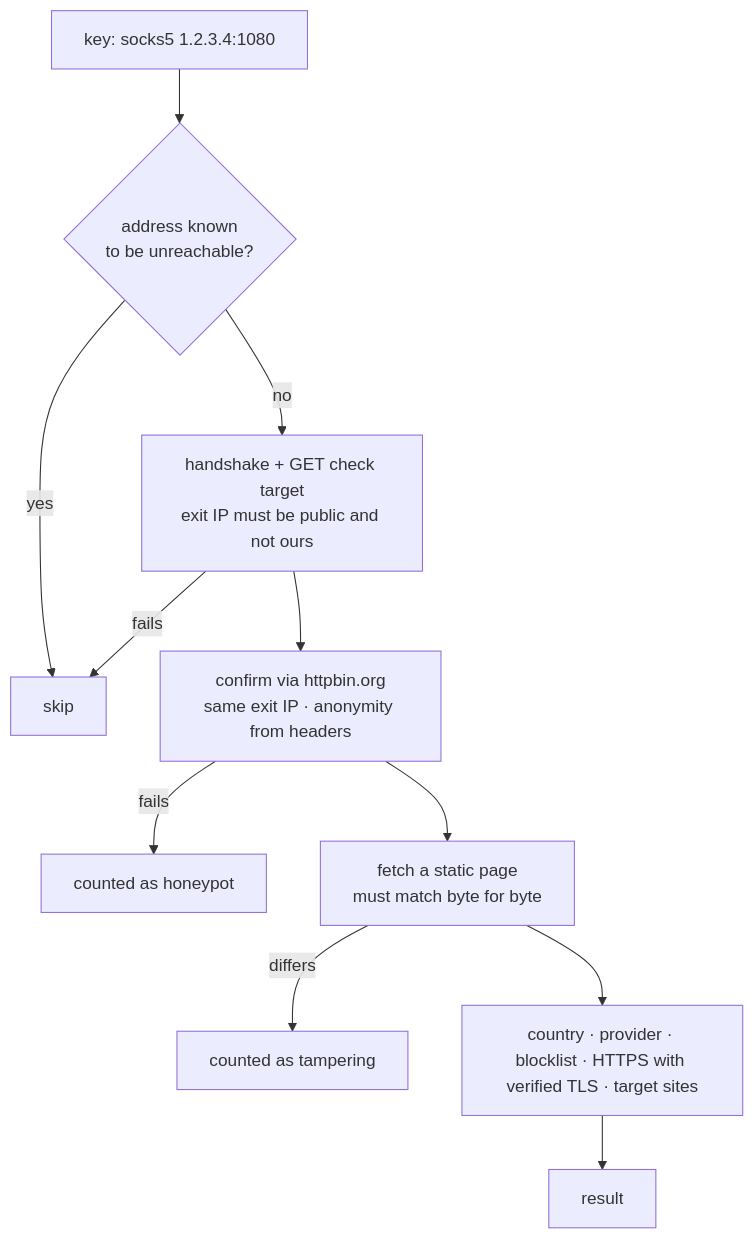
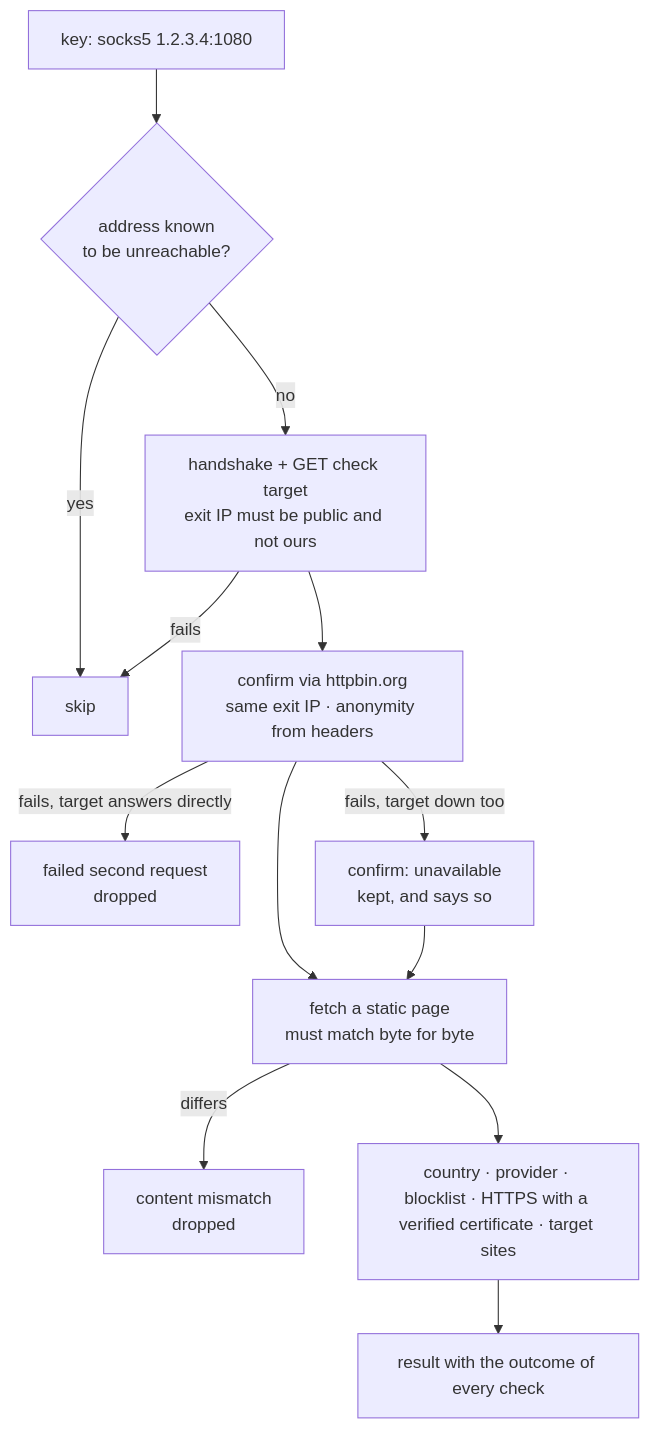
Before and after one commit to maximilianfeix/proxy-scraper: the second of 4 diagrams in docs/ARCHITECTURE.md, drawn with Mermaid. The commit also changed other lines of this file and 63 other files, not shown here.

````diff
--- a/docs/ARCHITECTURE.md
+++ b/docs/ARCHITECTURE.md
@@ -62,13 +64,15 @@
 ```mermaid
 flowchart TD
     A[key: socks5 1.2.3.4:1080] --> B{address known<br/>to be unreachable?}
     B -- yes --> X[skip]
     B -- no --> C[handshake + GET check target<br/>exit IP must be public and not ours]
     C -- fails --> X
     C --> D[confirm via httpbin.org<br/>same exit IP · anonymity from headers]
-    D -- fails --> H[counted as honeypot]
+    D -- fails, target answers directly --> H[failed second request<br/>dropped]
+    D -- fails, target down too --> U[confirm: unavailable<br/>kept, and says so]
     D --> E[fetch a static page<br/>must match byte for byte]
-    E -- differs --> T[counted as tampering]
-    E --> F[country · provider · blocklist · HTTPS with verified TLS · target sites]
-    F --> R[result]
+    U --> E
+    E -- differs --> T[content mismatch<br/>dropped]
+    E --> F[country · provider · blocklist · HTTPS with a verified certificate · target sites]
+    F --> R[result with the outcome of every check]
 ```
````
